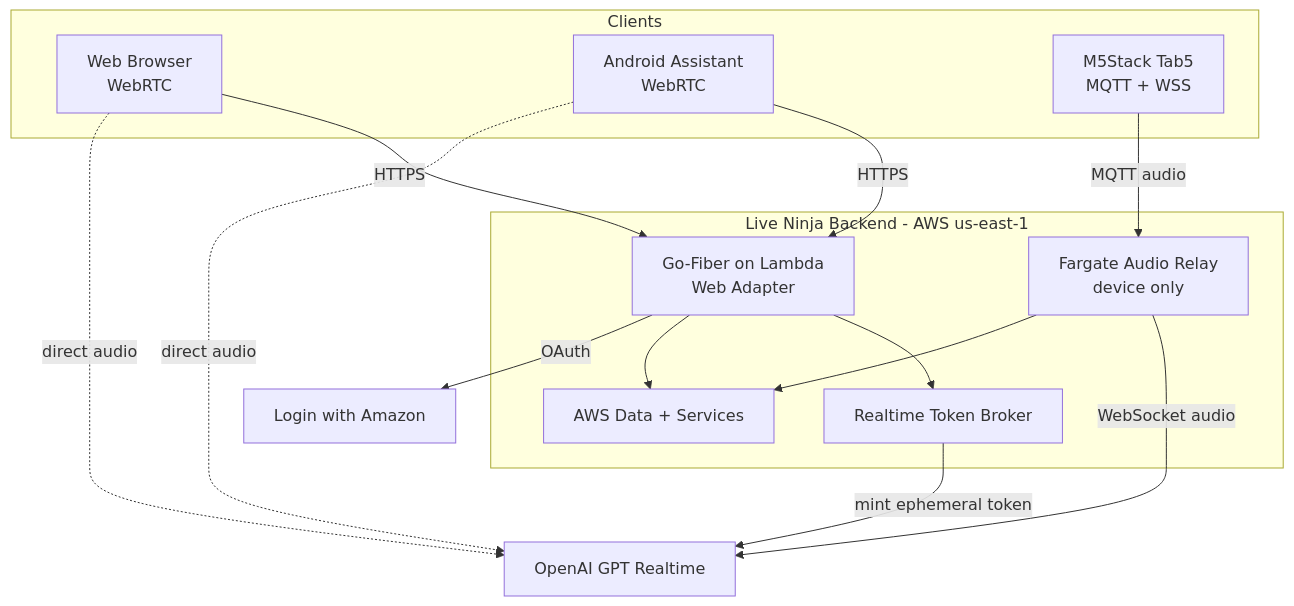
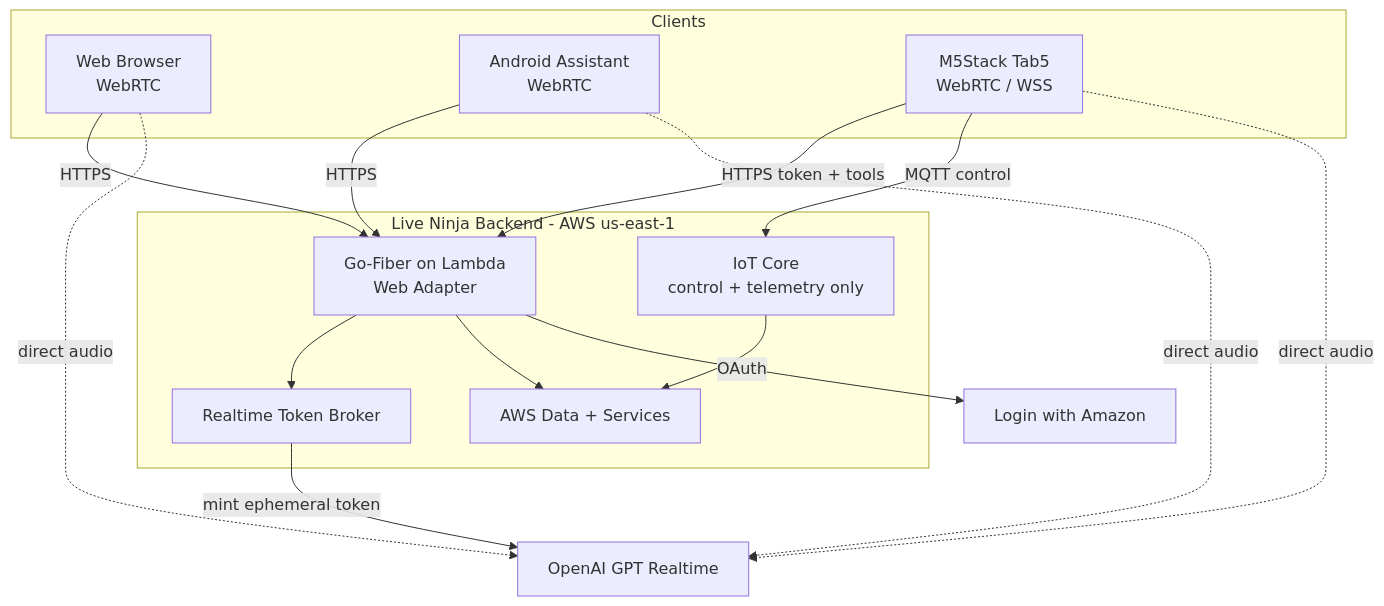
Before and after one commit to JeremyProffittOrg/live-ninja: the first of 12 diagrams in PRD.md, drawn with Mermaid. The commit also changed other lines of this file and 3 other files, not shown here.

First line of the commit message:
Merge best-of comparison into PRD; make M5Stack audio direct-to-OpenAI; memory into main plan; fix mockup gallery paths

````diff
--- a/PRD.md
+++ b/PRD.md
@@ -203,30 +203,31 @@
 ```mermaid
 flowchart TB
     subgraph Clients
         WEB["Web Browser<br/>WebRTC"]
         AND["Android Assistant<br/>WebRTC"]
-        M5["M5Stack Tab5<br/>MQTT + WSS"]
+        M5["M5Stack Tab5<br/>WebRTC / WSS"]
     end
 
     subgraph Backend["Live Ninja Backend - AWS us-east-1"]
         FIBER["Go-Fiber on Lambda<br/>Web Adapter"]
         BROKER["Realtime Token Broker"]
-        RELAY["Fargate Audio Relay<br/>device only"]
+        IOTC["IoT Core<br/>control + telemetry only"]
         DATA["AWS Data + Services"]
     end
 
     OAI["OpenAI GPT Realtime"]
     LWA["Login with Amazon"]
 
     WEB -->|HTTPS| FIBER
     AND -->|HTTPS| FIBER
-    M5 -->|MQTT audio| RELAY
+    M5 -->|HTTPS token + tools| FIBER
+    M5 -->|MQTT control| IOTC
     FIBER --> BROKER
     FIBER --> DATA
+    IOTC --> DATA
     BROKER -->|mint ephemeral token| OAI
-    RELAY -->|WebSocket audio| OAI
     WEB -.->|direct audio| OAI
     AND -.->|direct audio| OAI
+    M5 -.->|direct audio| OAI
     FIBER -->|OAuth| LWA
-    RELAY --> DATA
 ```
````
